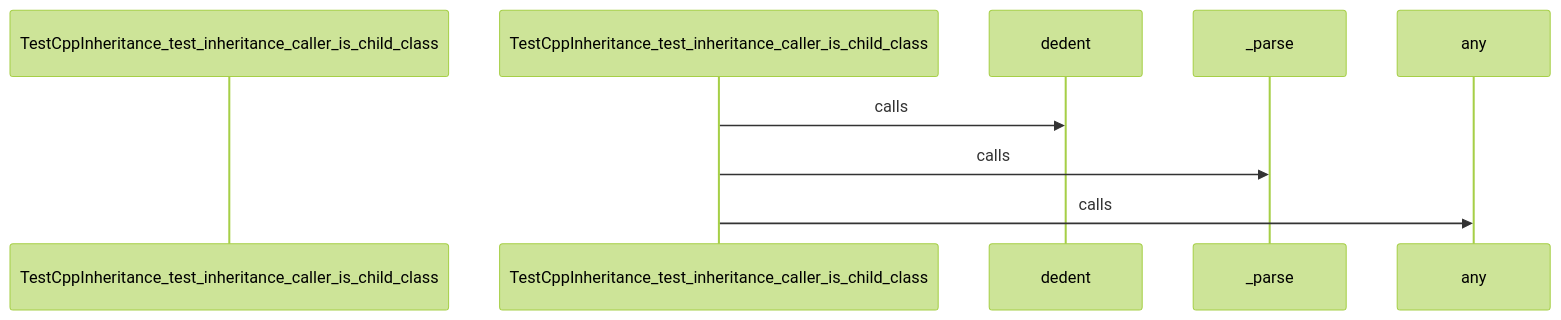
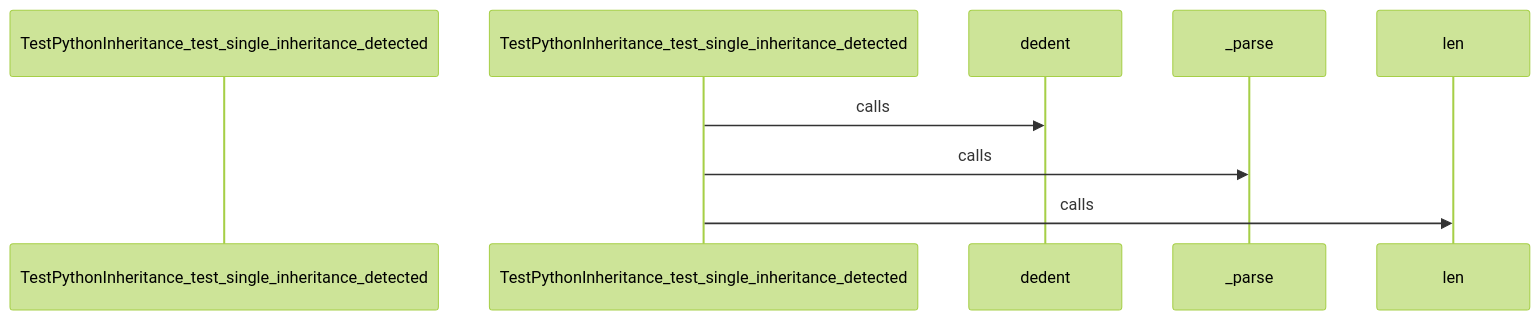
Diagram 20 of 26 in docs/CALL_FLOW.md (hazalkoom/DECODEx01), drawn with Mermaid (forest theme) before and after one commit. The commit also changed other lines of this file and 15 other files, not shown here.

Commit message:
feat: NLG phases 2-4 - API scanner, few-shot schema, and story generator

````diff
--- a/docs/CALL_FLOW.md
+++ b/docs/CALL_FLOW.md
@@ -709,17 +763,17 @@
 ```mermaid
 sequenceDiagram
-    participant Start as TestCppInheritance_test_inheritance_caller_is_child_class
+    participant Start as TestPythonInheritance_test_single_inheritance_detected
 
 
-    TestCppInheritance_test_inheritance_caller_is_child_class->>dedent: calls
+    TestPythonInheritance_test_single_inheritance_detected->>dedent: calls
 
 
 
-    TestCppInheritance_test_inheritance_caller_is_child_class->>_parse: calls
+    TestPythonInheritance_test_single_inheritance_detected->>_parse: calls
 
 
 
-    TestCppInheritance_test_inheritance_caller_is_child_class->>any: calls
+    TestPythonInheritance_test_single_inheritance_detected->>len: calls
 
 
 ```
````
